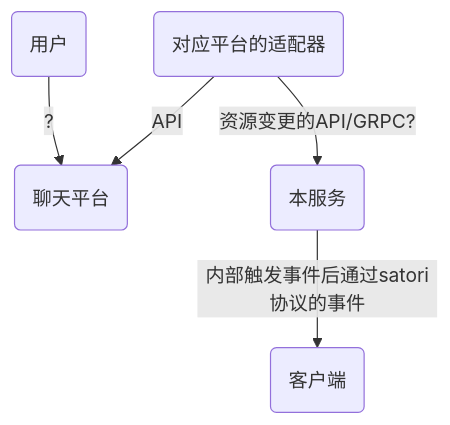
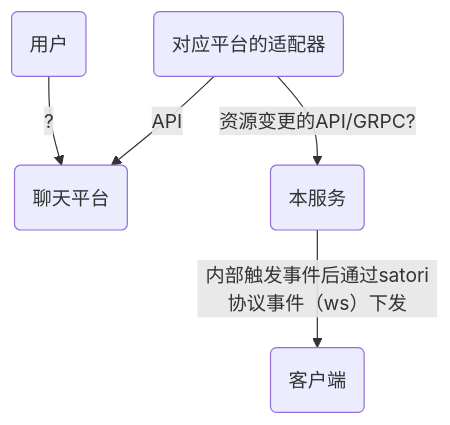
One commit to satori-protocol-go/satori-server-go changed the first of 2 diagrams in README.md. Above: the diagram before and after it, drawn with Mermaid. The commit also changed other lines of this file, not shown here.

````diff
--- a/README.md
+++ b/README.md
@@ -7,7 +7,7 @@
 ```mermaid
 graph TD;
     User(用户)--?-->Chat(聊天平台);
     Adaptor(对应平台的适配器)--API-->Chat(聊天平台);
     Adaptor--资源变更的API/GRPC?-->Server(本服务);
-    Server--内部触发事件后通过satori协议的事件-->Client(客户端);
+    Server--内部触发事件后通过satori协议事件（ws）下发-->Client(客户端);
 ```
````
